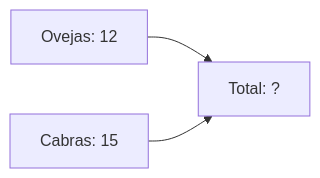
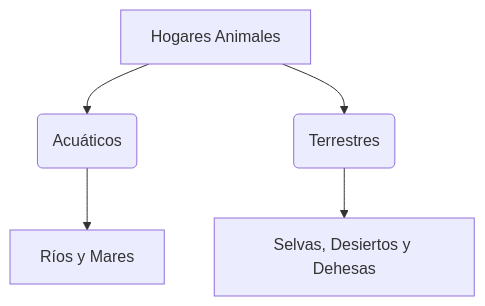
One commit to aalvarezg06/Ense-anzaONLINE changed the diagram in docs/2pri/ut05-animales-del-mundo/tutorial.md. Above: the diagram before and after it, drawn with Mermaid. The commit also changed other lines of this file and 17 other files, not shown here.

````diff
--- a/docs/2pri/ut05-animales-del-mundo/tutorial.md
+++ b/docs/2pri/ut05-animales-del-mundo/tutorial.md
@@ -43,5 +32,7 @@
 ```mermaid
-graph LR
-    A[Ovejas: 12] --> C[Total: ?]
-    B[Cabras: 15] --> C
+graph TD
+    A[Hogares Animales] --> B(Acuáticos)
+    A --> C(Terrestres)
+    B --> D[Ríos y Mares]
+    C --> E[Selvas, Desiertos y Dehesas]
 ```
````
